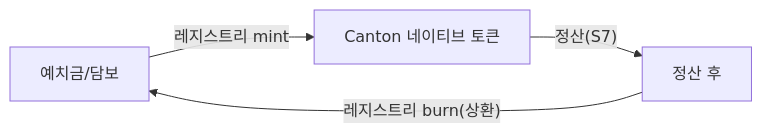
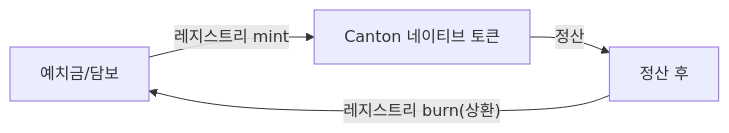
The second of 2 diagrams in wiki/canton-course/s08-tokens-registry.md (eunsujeo/canton-docs), drawn with Mermaid before and after one commit. The commit also changed other lines of this file and 18 other files, not shown here.

````diff
--- a/wiki/canton-course/s08-tokens-registry.md
+++ b/wiki/canton-course/s08-tokens-registry.md
@@ -84,6 +65,6 @@
 ```mermaid
 flowchart LR
   DEP["예치금/담보"] -->|"레지스트리 mint"| TOK["Canton 네이티브 토큰"]
-  TOK -->|"정산(S7)"| TOK2["정산 후"]
+  TOK -->|"정산"| TOK2["정산 후"]
   TOK2 -->|"레지스트리 burn(상환)"| DEP
 ```
````
